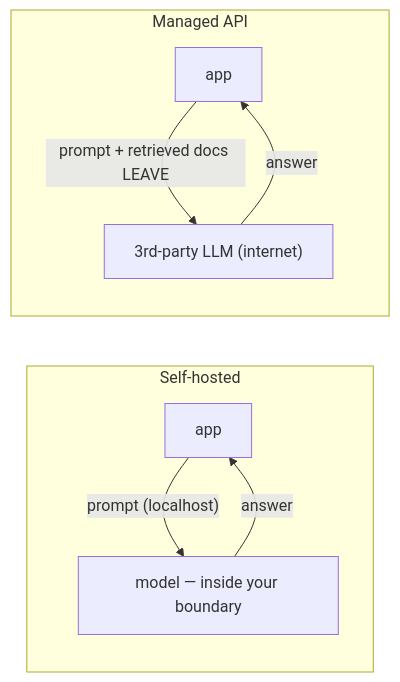
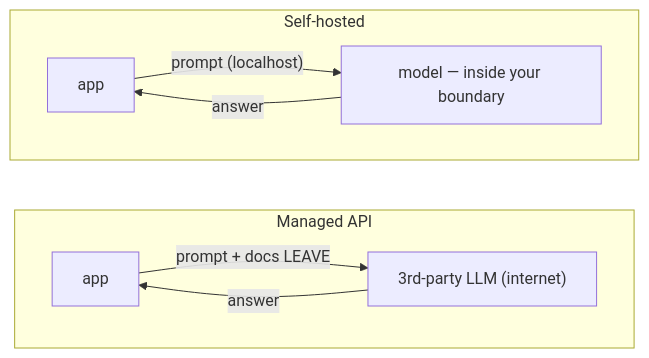
The tenth of 11 diagrams in lab-journal/rag-and-ai-probe.md (ryayres-fox/Security), drawn with Mermaid before and after one commit. The commit also changed other lines of this file and 5 other files, not shown here.

First line of the commit message:
Lab journal: legible diagrams, and the agentic-services page (#90)

````diff
--- a/lab-journal/rag-and-ai-probe.md
+++ b/lab-journal/rag-and-ai-probe.md
@@ -490,11 +491,13 @@
 ```mermaid
 graph LR
+  subgraph MG["Managed API"]
+    direction LR
+    A2["app"] -->|"prompt + docs LEAVE"| EXT["3rd-party LLM (internet)"]
+    EXT -->|"answer"| A2
+  end
   subgraph S["Self-hosted"]
+    direction LR
     A1["app"] -->|"prompt (localhost)"| M1s["model — inside your boundary"]
     M1s -->|"answer"| A1
   end
-  subgraph MG["Managed API"]
-    A2["app"] -->|"prompt + retrieved docs LEAVE"| EXT["3rd-party LLM (internet)"]
-    EXT -->|"answer"| A2
-  end
 ```
````
